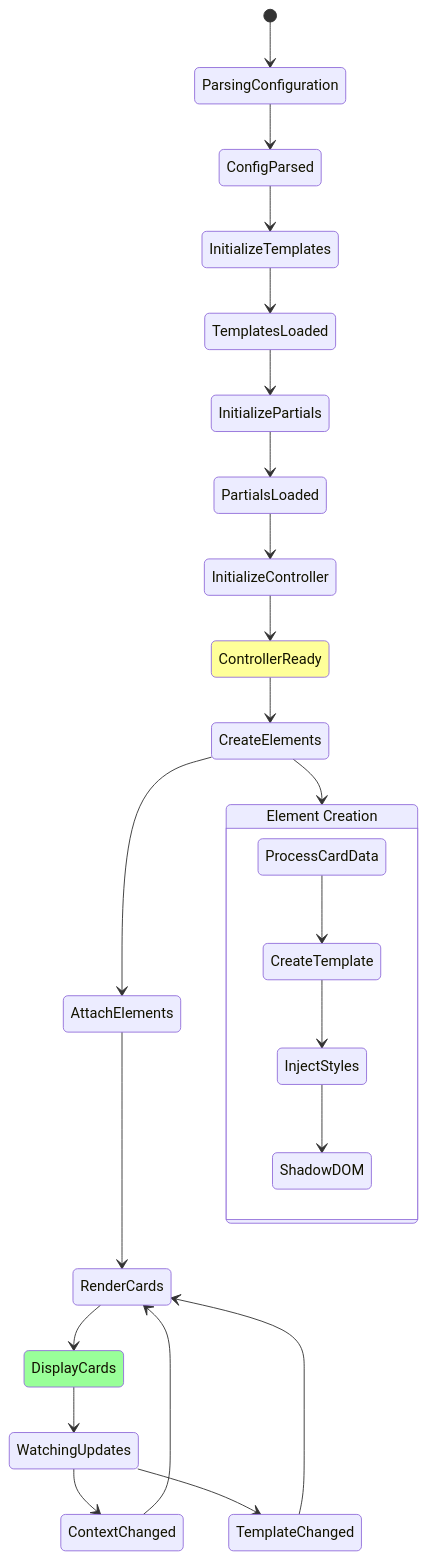
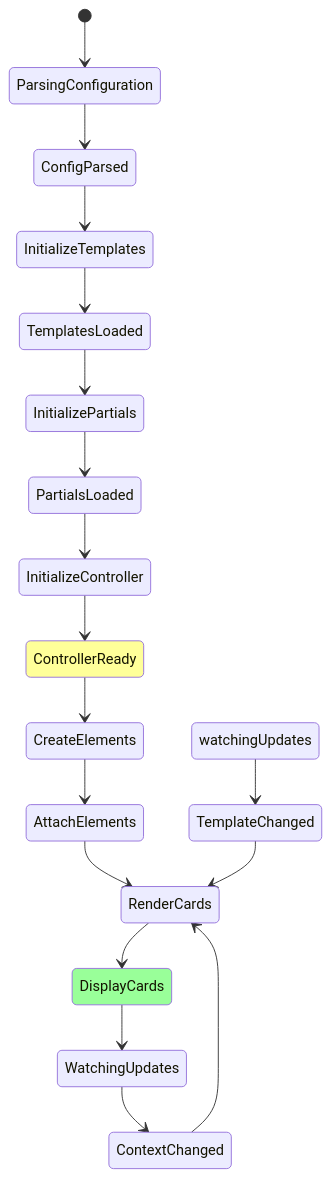
Diagram 22 of 22 in docs_site/api-evolution.md (daredoes/linked-lovelace-ui), drawn with Mermaid before and after one commit. The commit also changed other lines of this file and 1 other file, not shown here.

First line of the commit message:
Fix Mermaid diagram syntax errors in documentation

````diff
--- a/docs_site/api-evolution.md
+++ b/docs_site/api-evolution.md
@@ -671,39 +561,32 @@
 ```mermaid
-stateDiagram-v2
+stateDiagram
     [*] --> ParsingConfiguration
+    
     ParsingConfiguration --> ConfigParsed
     
     ConfigParsed --> InitializeTemplates
     InitializeTemplates --> TemplatesLoaded
     
     TemplatesLoaded --> InitializePartials
     InitializePartials --> PartialsLoaded
     
     PartialsLoaded --> InitializeController
     InitializeController --> ControllerReady
     
     ControllerReady --> CreateElements
     CreateElements --> AttachElements
     AttachElements --> RenderCards
     
     RenderCards --> DisplayCards
     
     DisplayCards --> WatchingUpdates
     
     WatchingUpdates --> ContextChanged
     ContextChanged --> RenderCards
     
-    WatchingUpdates --> TemplateChanged
+    watchingUpdates --> TemplateChanged
     TemplateChanged --> RenderCards
-    
-    state "Element Creation" as Create {
-        ProcessCardData --> CreateTemplate
-        CreateTemplate --> InjectStyles
-        InjectStyles --> ShadowDOM
-    }
-    
-    CreateElements --> Create
     
     style ControllerReady fill:#ff9
     style DisplayCards fill:#9f9
 ```
````
